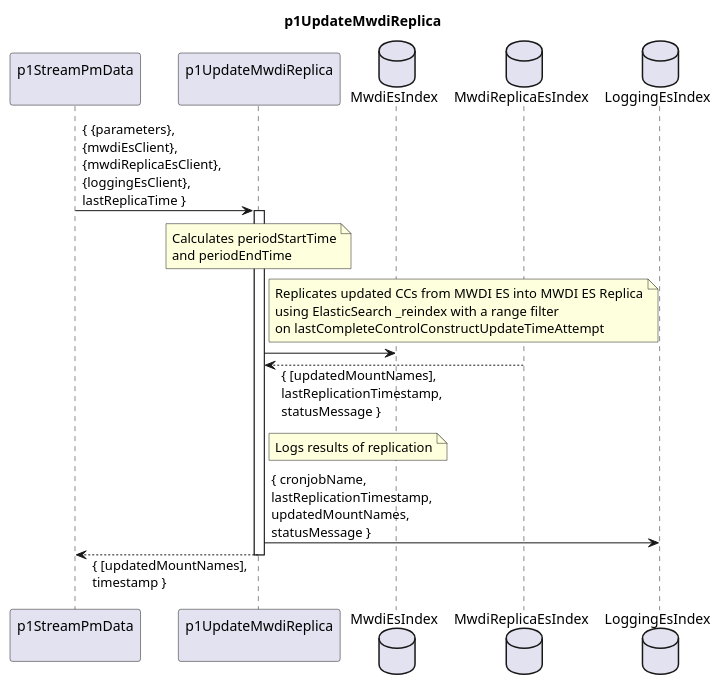
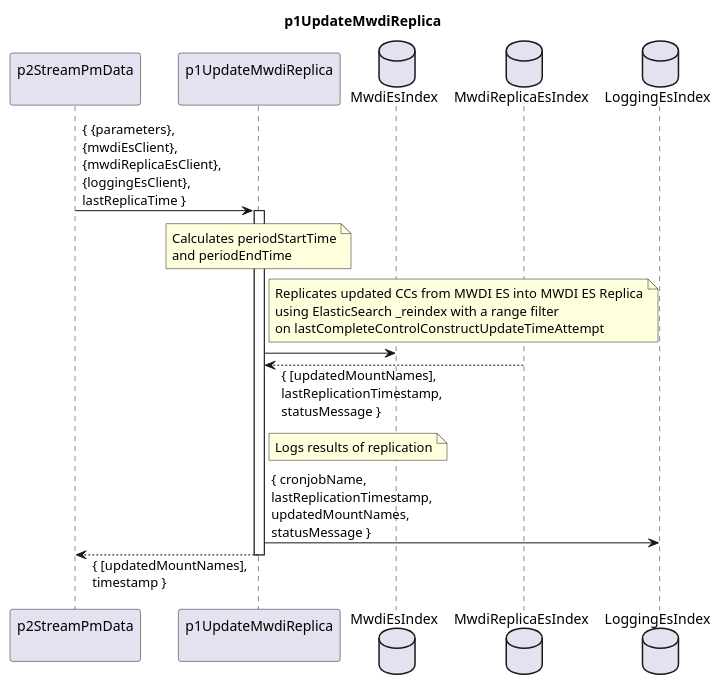
Before and after one commit to openBackhaul/DevicePerformanceManagementDataProcessor: the diagram in spec/Functions/p1StreamPmData/p1UpdateMwdiReplica/1.0.0/p1UpdateMwdiReplica.plantuml, drawn with PlantUML. The commit also changed 40 other files, not shown here.

```diff
--- a/spec/Functions/p1StreamPmData/p1UpdateMwdiReplica/1.0.0/p1UpdateMwdiReplica.plantuml
+++ b/spec/Functions/p1StreamPmData/p1UpdateMwdiReplica/1.0.0/p1UpdateMwdiReplica.plantuml
@@ -1,39 +1,39 @@
 @startuml p1UpdateMwdiReplica
 skinparam responseMessageBelowArrow true
 
 title
   p1UpdateMwdiReplica
 end title
 
-participant "p1StreamPmData\n" as p1SPMD
+participant "p2StreamPmData\n" as p1SPMD
 participant "p1UpdateMwdiReplica\n" as p1UMWR
 database "MwdiEsIndex" as mwdiEs
 database "MwdiReplicaEsIndex" as mwdiReplicaEs
 database "LoggingEsIndex" as log
 
 p1SPMD -> p1UMWR : { {parameters},\n{mwdiEsClient},\n{mwdiReplicaEsClient},\n{loggingEsClient},\nlastReplicaTime }
 activate p1UMWR
 
   note over p1UMWR
     Calculates periodStartTime
     and periodEndTime
   end note
 
   note right p1UMWR
     Replicates updated CCs from MWDI ES into MWDI ES Replica
     using ElasticSearch _reindex with a range filter
     on lastCompleteControlConstructUpdateTimeAttempt
   end note
   p1UMWR -> mwdiEs
   p1UMWR <-- mwdiReplicaEs : { [updatedMountNames],\nlastReplicationTimestamp,\nstatusMessage }
 
   note right p1UMWR
     Logs results of replication
   end note
   p1UMWR -> log : { cronjobName,\nlastReplicationTimestamp,\nupdatedMountNames,\nstatusMessage }
 
 
 p1SPMD <-- p1UMWR : { [updatedMountNames],\ntimestamp }
 deactivate p1UMWR
 
 @enduml
```
